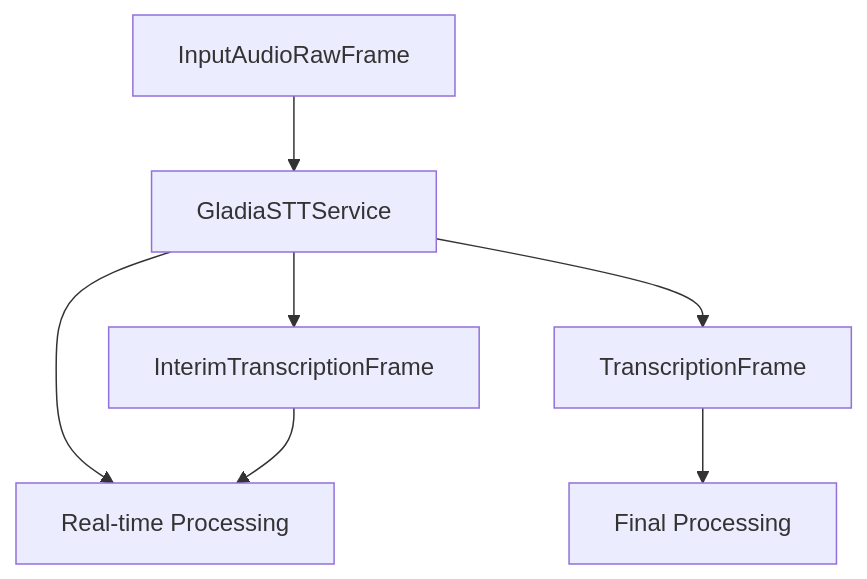
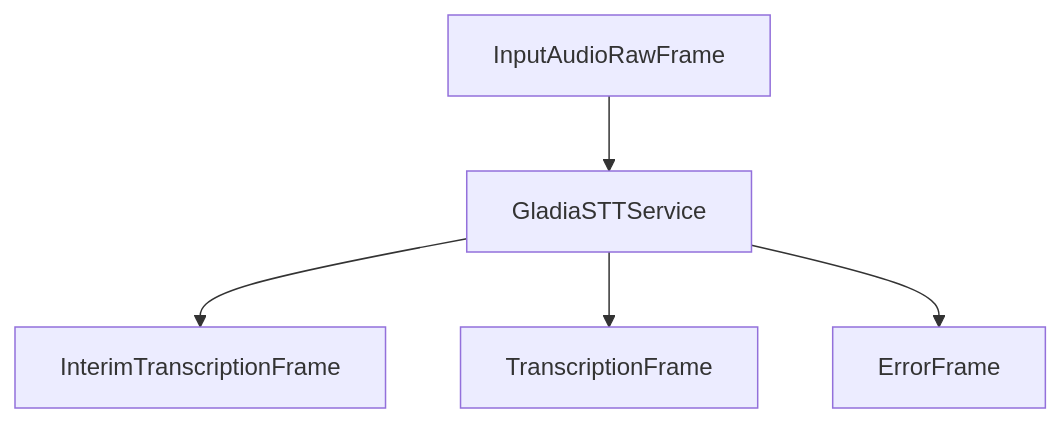
One commit to pipecat-ai/docs changed the diagram in server/services/stt/gladia.mdx. Above: the diagram before and after it, drawn with Mermaid. The commit also changed other lines of this file, not shown here.

````diff
--- a/server/services/stt/gladia.mdx
+++ b/server/services/stt/gladia.mdx
@@ -195,9 +506,7 @@
 ```mermaid
 graph TD
     A[InputAudioRawFrame] --> B[GladiaSTTService]
     B --> C[InterimTranscriptionFrame]
     B --> D[TranscriptionFrame]
     B --> E[ErrorFrame]
-    C --> E[Real-time Processing]
-    D --> F[Final Processing]
 ```
````
